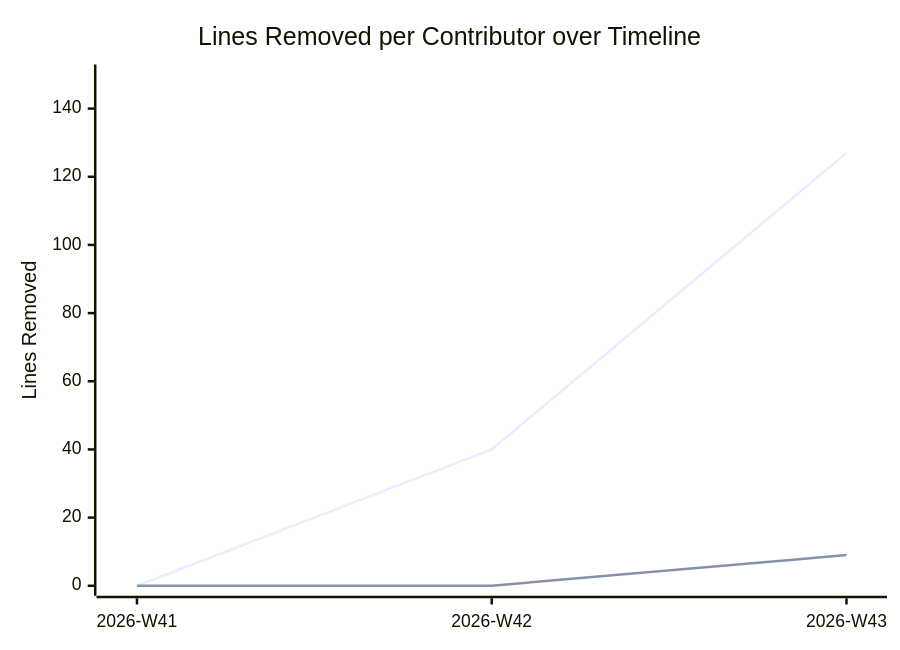
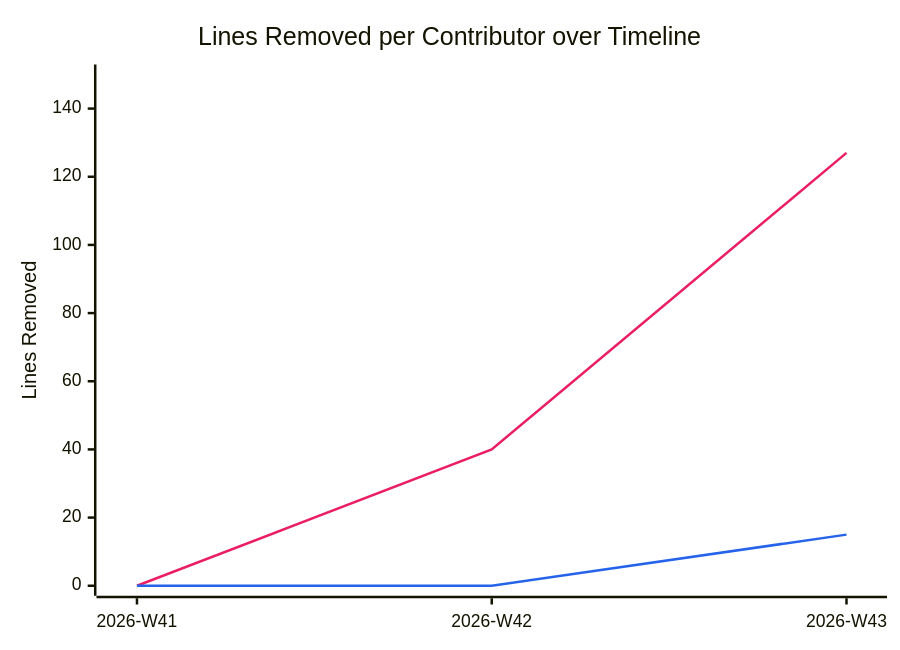
Before and after one commit to BeyondMagic/swe-template: the diagram in documentation/snippets/management/code-deletions.mmd, drawn with Mermaid. The commit also changed 5 other files, not shown here.

```diff
--- a/documentation/snippets/management/code-deletions.mmd
+++ b/documentation/snippets/management/code-deletions.mmd
@@ -1,6 +1,7 @@
+%%{init: {"themeVariables": {"xyChart": {"plotColorPalette": "#e91e63, #2563eb"}}}}%%
 xychart-beta
     title "Lines Removed per Contributor over Timeline"
     x-axis ["2026-W41", "2026-W42", "2026-W43"]
     y-axis "Lines Removed" 0 --> 150
     line [0, 40, 127]
-    line [0, 0, 9]
+    line [0, 0, 15]
```
